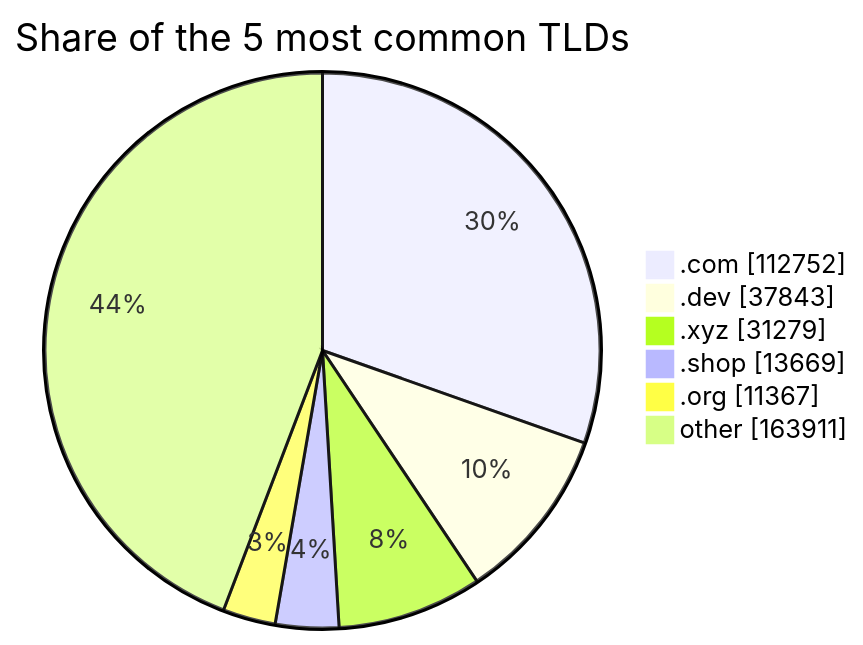
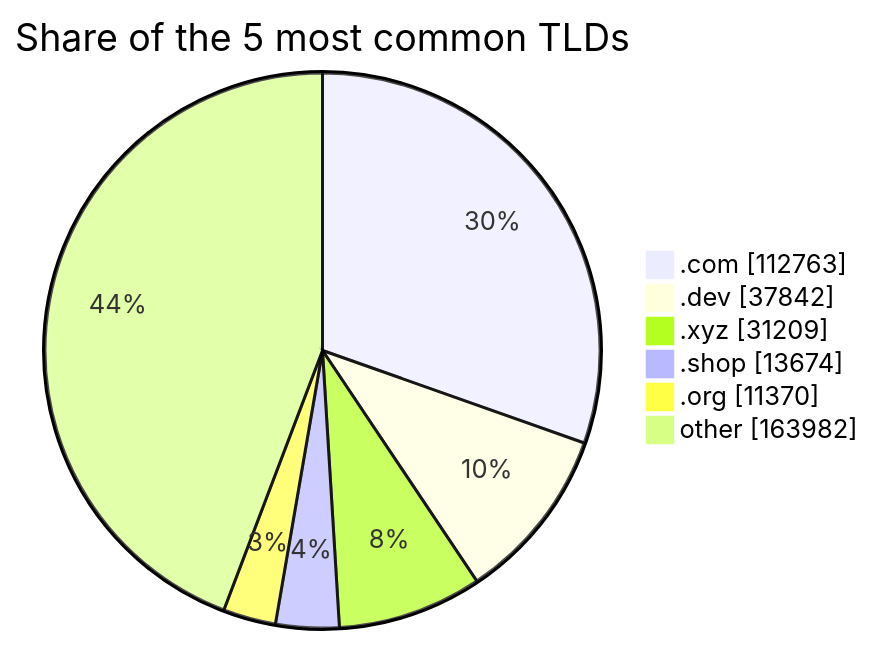
Before and after one commit to DNSBunker/CTI: the third of 3 diagrams in README.md, drawn with Mermaid. The commit also changed other lines of this file and 3 other files, not shown here.

````diff
--- a/README.md
+++ b/README.md
@@ -81,9 +81,9 @@
 ```mermaid
 pie showData title Share of the 5 most common TLDs
-    ".com" : 112752
-    ".dev" : 37843
-    ".xyz" : 31279
-    ".shop" : 13669
-    ".org" : 11367
-    "other" : 163911
+    ".com" : 112763
+    ".dev" : 37842
+    ".xyz" : 31209
+    ".shop" : 13674
+    ".org" : 11370
+    "other" : 163982
 ```
````
